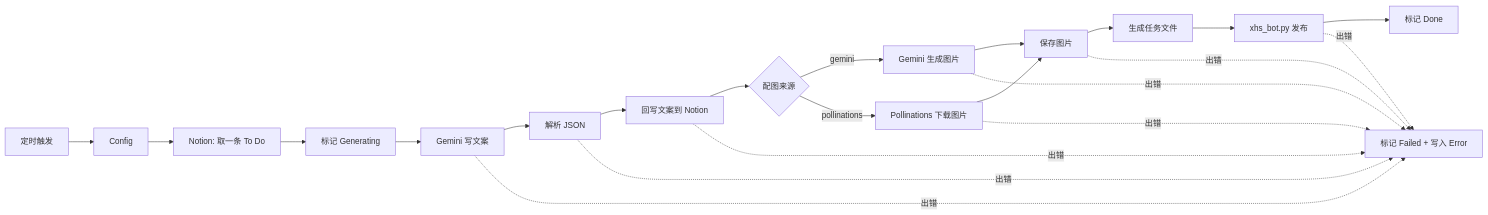
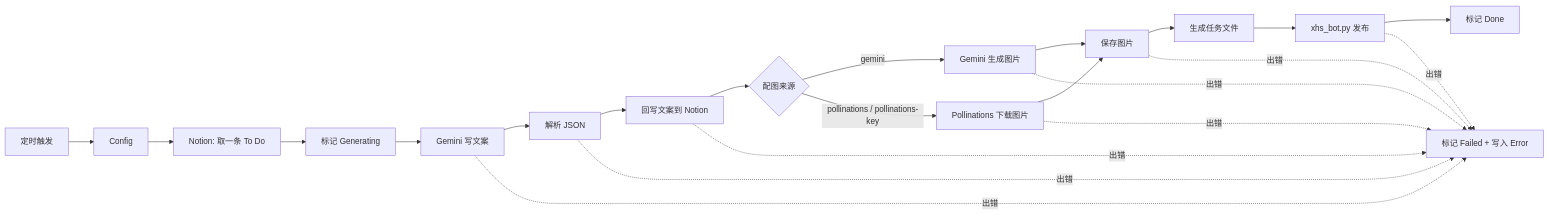
The diagram in README.md (XingjianWang001/n8n-xhs-autopost), drawn with Mermaid before and after one commit. The commit also changed other lines of this file and 2 other files, not shown here.

First line of the commit message:
fix(workflow): send the Pollinations key via a Header Auth credential

````diff
--- a/README.md
+++ b/README.md
@@ -19,18 +19,18 @@
 ```mermaid
 flowchart LR
     A[定时触发] --> B[Config]
     B --> C[Notion: 取一条 To Do]
     C --> D[标记 Generating]
     D --> E[Gemini 写文案]
     E --> F[解析 JSON]
     F --> G[回写文案到 Notion]
     G --> H{配图来源}
     H -->|gemini| I[Gemini 生成图片]
-    H -->|pollinations| J[Pollinations 下载图片]
+    H -->|pollinations / pollinations-key| J[Pollinations 下载图片]
     I --> K[保存图片]
     J --> K
     K --> L[生成任务文件]
     L --> M[xhs_bot.py 发布]
     M --> N[标记 Done]
     E & F & G & I & J & K & M -.出错.-> X[标记 Failed + 写入 Error]
 ```
````
